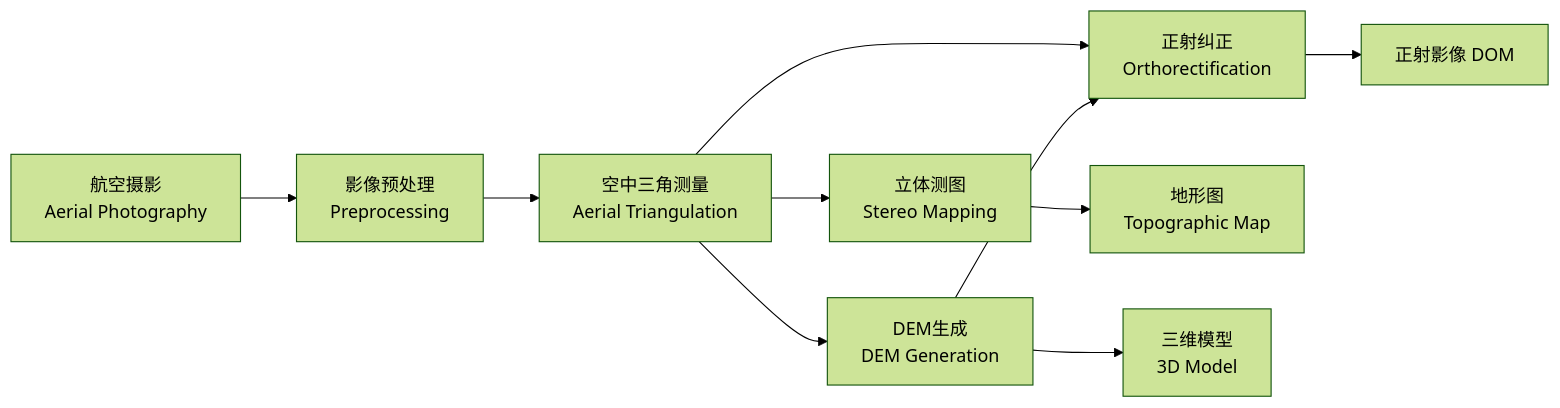
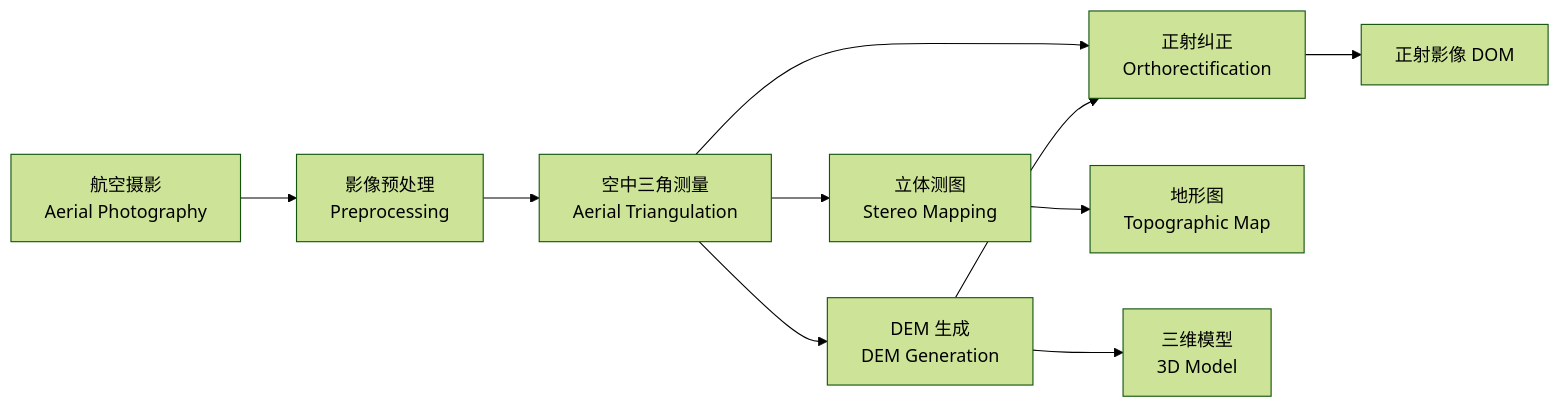
The third of 3 diagrams in 04_EngineeringAndTechnology/SurveyingAndMappingScience/Photogrammetry/AerialPhotogrammetry.md (Tianshang301/TianshangKnowledgeBase), drawn with Mermaid (forest theme) before and after one commit. The commit also changed other lines of this file and 2257 other files, not shown here.

````diff
--- a/04_EngineeringAndTechnology/SurveyingAndMappingScience/Photogrammetry/AerialPhotogrammetry.md
+++ b/04_EngineeringAndTechnology/SurveyingAndMappingScience/Photogrammetry/AerialPhotogrammetry.md
@@ -214,12 +216,12 @@
 ```mermaid
 graph LR
     A[航空摄影<br/>Aerial Photography] --> B[影像预处理<br/>Preprocessing]
     B --> C[空中三角测量<br/>Aerial Triangulation]
     C --> D[立体测图<br/>Stereo Mapping]
-    C --> E[DEM生成<br/>DEM Generation]
+    C --> E[DEM 生成<br/>DEM Generation]
     C --> F[正射纠正<br/>Orthorectification]
     D --> G[地形图<br/>Topographic Map]
     E --> F
     F --> H[正射影像 DOM]
     E --> I[三维模型<br/>3D Model]
 ```
````
